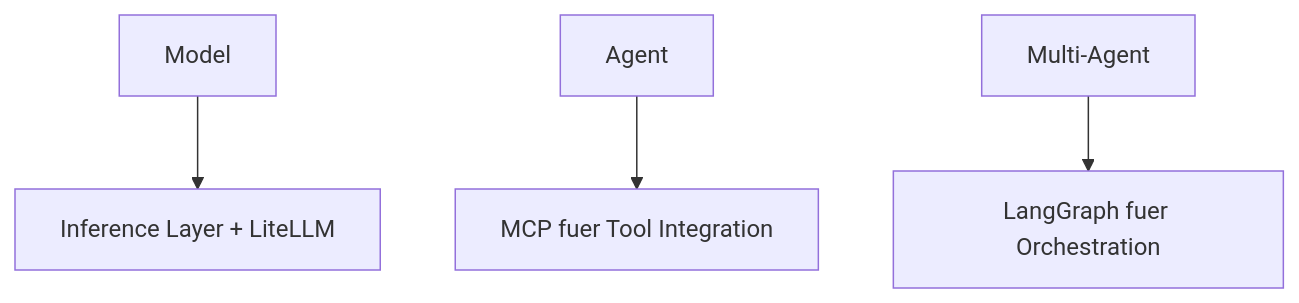
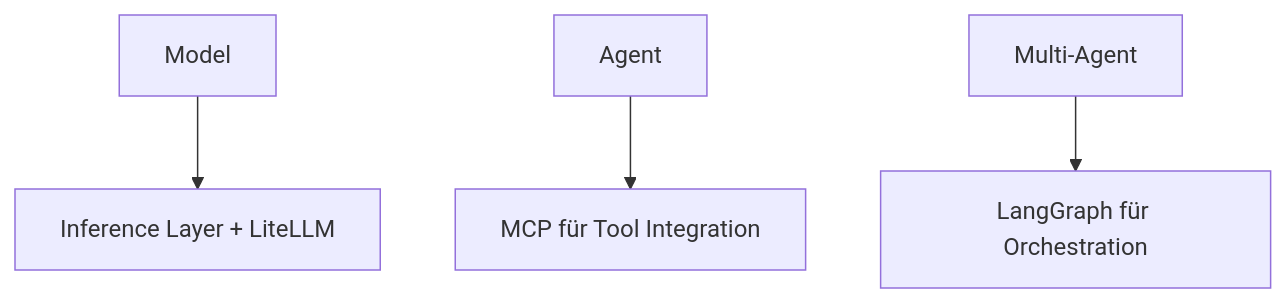
The ninth of 9 diagrams in 04-mcp-and-tooling/mcp-core-concepts.md (soenkelange/ai-lab-3-agentic-programming), drawn with Mermaid before and after one commit. The commit also changed other lines of this file and 31 other files, not shown here.

````diff
--- a/04-mcp-and-tooling/mcp-core-concepts.md
+++ b/04-mcp-and-tooling/mcp-core-concepts.md
@@ -377,6 +377,6 @@
 ```mermaid
 flowchart TD
   M[Model] --> I[Inference Layer + LiteLLM]
-  A[Agent] --> P[MCP fuer Tool Integration]
-  MA[Multi-Agent] --> O[LangGraph fuer Orchestration]
+  A[Agent] --> P[MCP für Tool Integration]
+  MA[Multi-Agent] --> O[LangGraph für Orchestration]
 ```
````
